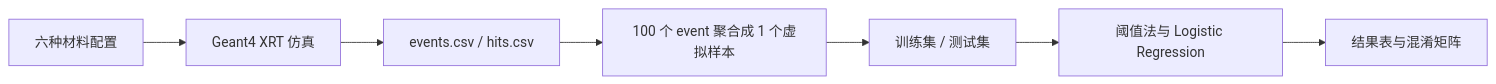
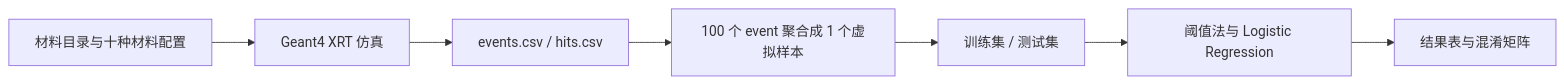
Before and after one commit to dydpop/xrt-sorter-geant4-undergrad-guide: the diagram in docs/TEAM_GUIDE_zh.md, drawn with Mermaid. The commit also changed other lines of this file and 36 other files, not shown here.

````diff
--- a/docs/TEAM_GUIDE_zh.md
+++ b/docs/TEAM_GUIDE_zh.md
@@ -25,9 +25,9 @@
 ```mermaid
 flowchart LR
-    A["六种材料配置"] --> B["Geant4 XRT 仿真"]
+    A["材料目录与十种材料配置"] --> B["Geant4 XRT 仿真"]
     B --> C["events.csv / hits.csv"]
     C --> D["100 个 event 聚合成 1 个虚拟样本"]
     D --> E["训练集 / 测试集"]
     E --> F["阈值法与 Logistic Regression"]
     F --> G["结果表与混淆矩阵"]
 ```
````
